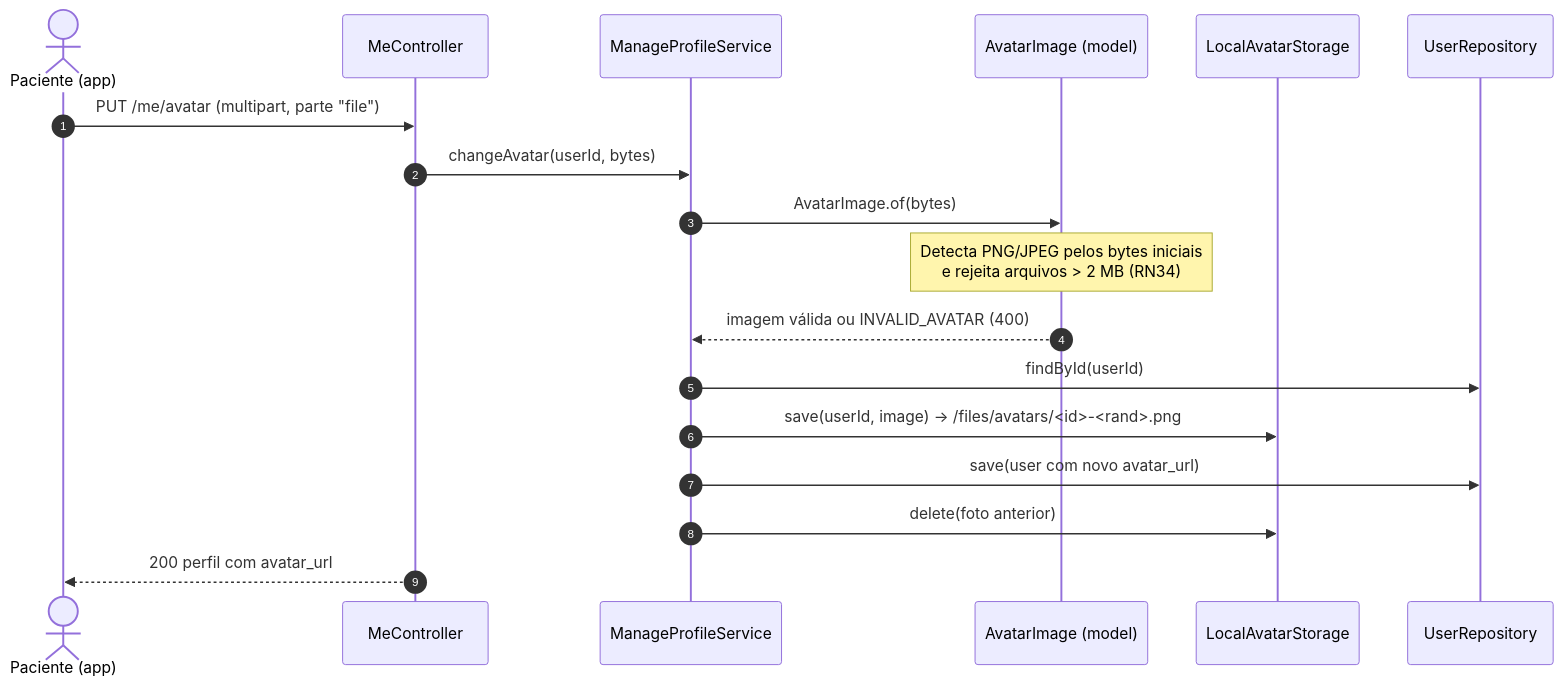
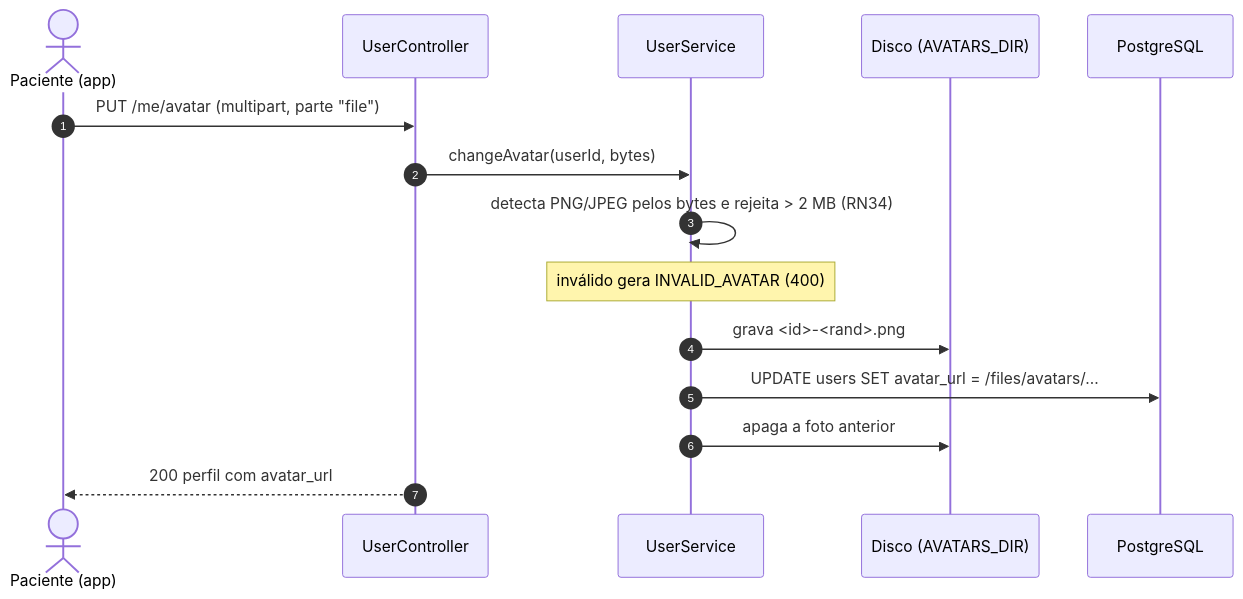
The seventh of 7 diagrams in docs/08-diagramas-de-sequencia.md (MarcioFerreiraL/clinics-backend), drawn with Mermaid before and after one commit. The commit also changed other lines of this file and 138 other files, not shown here.

````diff
--- a/docs/08-diagramas-de-sequencia.md
+++ b/docs/08-diagramas-de-sequencia.md
@@ -182,21 +146,18 @@
 ```mermaid
 sequenceDiagram
     autonumber
     actor P as Paciente (app)
-    participant C as MeController
-    participant S as ManageProfileService
-    participant D as AvatarImage (model)
-    participant A as LocalAvatarStorage
-    participant R as UserRepository
+    participant C as UserController
+    participant S as UserService
+    participant FS as Disco (AVATARS_DIR)
+    participant DB as PostgreSQL
 
     P->>C: PUT /me/avatar (multipart, parte "file")
     C->>S: changeAvatar(userId, bytes)
-    S->>D: AvatarImage.of(bytes)
-    Note over D: Detecta PNG/JPEG pelos bytes iniciais<br/>e rejeita arquivos > 2 MB (RN34)
-    D-->>S: imagem válida ou INVALID_AVATAR (400)
-    S->>R: findById(userId)
-    S->>A: save(userId, image) → /files/avatars/<id>-<rand>.png
-    S->>R: save(user com novo avatar_url)
-    S->>A: delete(foto anterior)
+    S->>S: detecta PNG/JPEG pelos bytes e rejeita > 2 MB (RN34)
+    Note over S: inválido gera INVALID_AVATAR (400)
+    S->>FS: grava <id>-<rand>.png
+    S->>DB: UPDATE users SET avatar_url = /files/avatars/...
+    S->>FS: apaga a foto anterior
     C-->>P: 200 perfil com avatar_url
 ```
````
